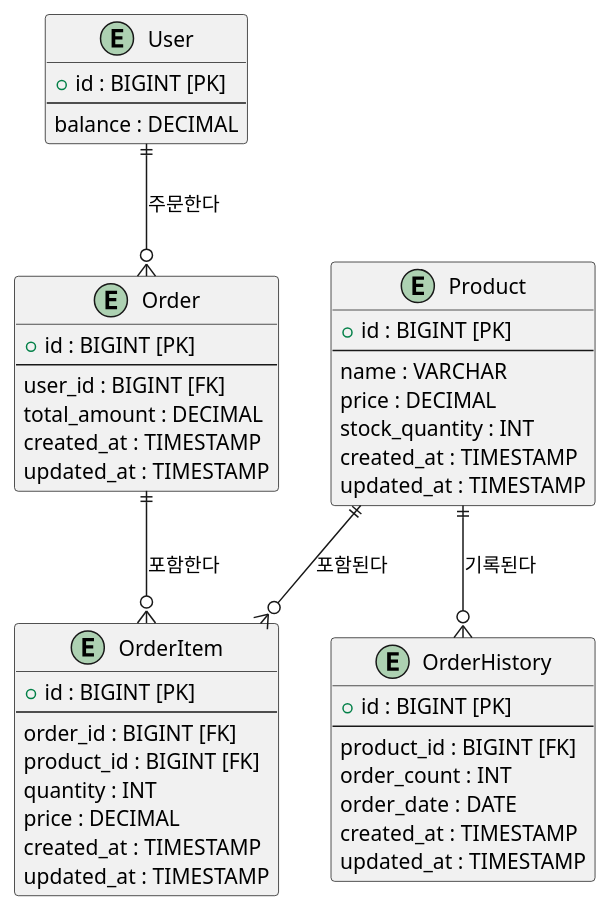
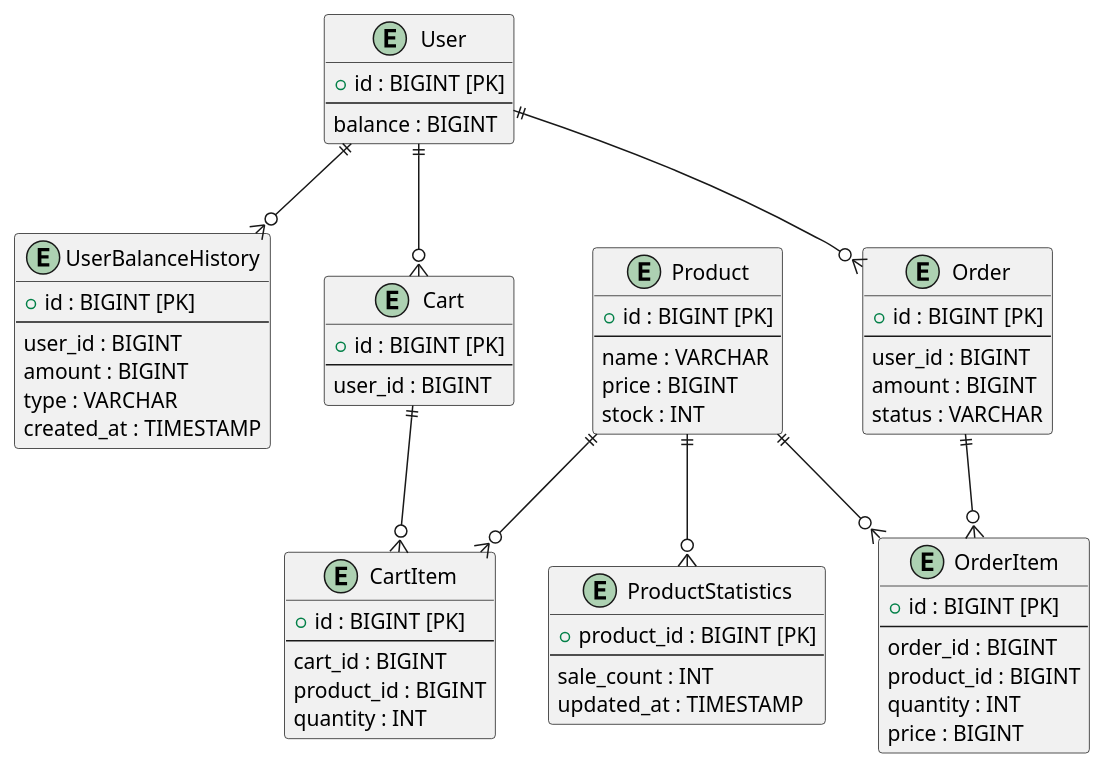
One commit to haahaahak/hhplus-ecommerce changed the diagram in docs/erd/erd.puml. Above: the diagram before and after it, drawn with PlantUML.

Commit message:
docs: erd 수정

```diff
--- a/docs/erd/erd.puml
+++ b/docs/erd/erd.puml
@@ -1,54 +1,73 @@
 @startuml
 
 entity "User" as user {
   +id : BIGINT [PK]
   --
-  balance : DECIMAL
+  balance : BIGINT
+}
+
+entity "UserBalanceHistory" as userBalanceHistory {
+  +id : BIGINT [PK]
+  --
+  user_id : BIGINT
+  amount : BIGINT
+  type : VARCHAR
+  created_at : TIMESTAMP
+}
+
+entity "Cart" as cart {
+  +id : BIGINT [PK]
+  --
+  user_id : BIGINT
+}
+
+entity "CartItem" as cartItem {
+  +id : BIGINT [PK]
+  --
+  cart_id : BIGINT
+  product_id : BIGINT
+  quantity : INT
+}
+
+entity "Order" as order {
+  +id : BIGINT [PK]
+  --
+  user_id : BIGINT
+  amount : BIGINT
+  status : VARCHAR
+}
+
+entity "OrderItem" as orderItem {
+  +id : BIGINT [PK]
+  --
+  order_id : BIGINT
+  product_id : BIGINT
+  quantity : INT
+  price : BIGINT
 }
 
 entity "Product" as product {
   +id : BIGINT [PK]
   --
   name : VARCHAR
-  price : DECIMAL
-  stock_quantity : INT
-  created_at : TIMESTAMP
+  price : BIGINT
+  stock : INT
+}
+
+entity "ProductStatistics" as productStatistics {
+  +product_id : BIGINT [PK]
+  --
+  sale_count : INT
   updated_at : TIMESTAMP
 }
 
-entity "Order" as order {
-  +id : BIGINT [PK]
-  --
-  user_id : BIGINT [FK]
-  total_amount : DECIMAL
-  created_at : TIMESTAMP
-  updated_at : TIMESTAMP
-}
-
-entity "OrderItem" as orderItem {
-  +id : BIGINT [PK]
-  --
-  order_id : BIGINT [FK]
-  product_id : BIGINT [FK]
-  quantity : INT
-  price : DECIMAL
-  created_at : TIMESTAMP
-  updated_at : TIMESTAMP
-}
-
-entity "OrderHistory" as orderHistory {
-  +id : BIGINT [PK]
-  --
-  product_id : BIGINT [FK]
-  order_count : INT
-  order_date : DATE
-  created_at : TIMESTAMP
-  updated_at : TIMESTAMP
-}
-
-user ||--o{ order : "주문한다"
-order ||--o{ orderItem : "포함한다"
-product ||--o{ orderItem : "포함된다"
-product ||--o{ orderHistory : "기록된다"
+user ||--o{ userBalanceHistory
+user ||--o{ cart
+cart ||--o{ cartItem
+user ||--o{ order
+order ||--o{ orderItem
+product ||--o{ cartItem
+product ||--o{ orderItem
+product ||--o{ productStatistics
 
 @enduml
```
